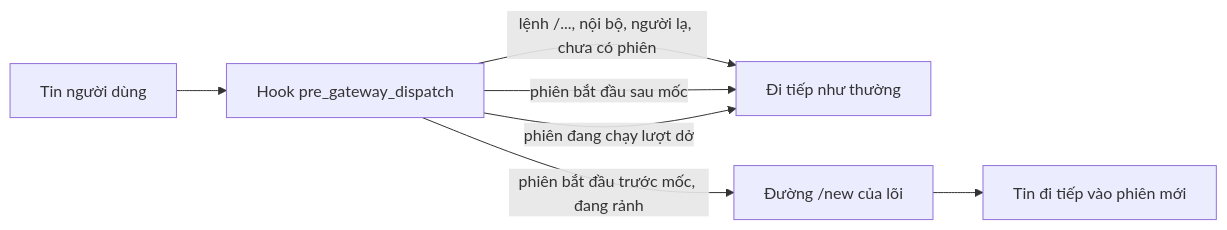
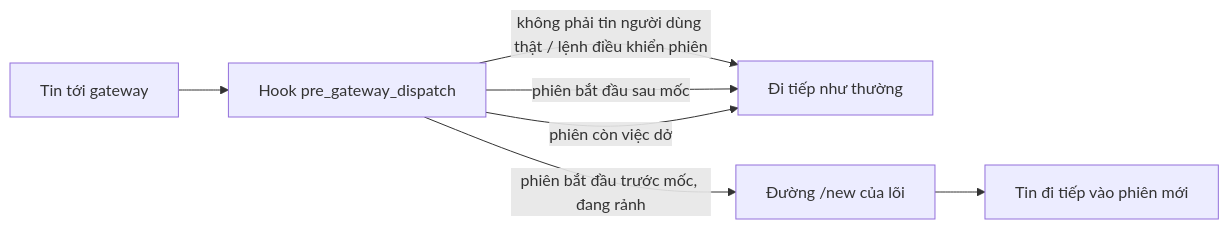
One commit to zxGreenxz/whiteboard-ihomecrm changed the diagram in infra/hermes-session-reset/README.md. Above: the diagram before and after it, drawn with Mermaid. The commit also changed other lines of this file and 7 other files, not shown here.

````diff
--- a/infra/hermes-session-reset/README.md
+++ b/infra/hermes-session-reset/README.md
@@ -9,9 +9,9 @@
 ```mermaid
 flowchart LR
-  T[Tin người dùng] --> H[Hook pre_gateway_dispatch]
-  H -->|lệnh /..., nội bộ, người lạ, chưa có phiên| D[Đi tiếp như thường]
+  T[Tin tới gateway] --> H[Hook pre_gateway_dispatch]
+  H -->|không phải tin người dùng thật / lệnh điều khiển phiên| D[Đi tiếp như thường]
   H -->|phiên bắt đầu sau mốc| D
-  H -->|phiên đang chạy lượt dở| D
+  H -->|phiên còn việc dở| D
   H -->|phiên bắt đầu trước mốc, đang rảnh| N[Đường /new của lõi]
   N --> D2[Tin đi tiếp vào phiên mới]
 ```
````
